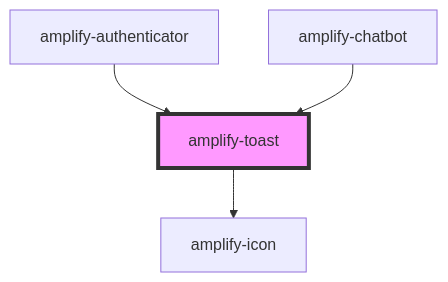
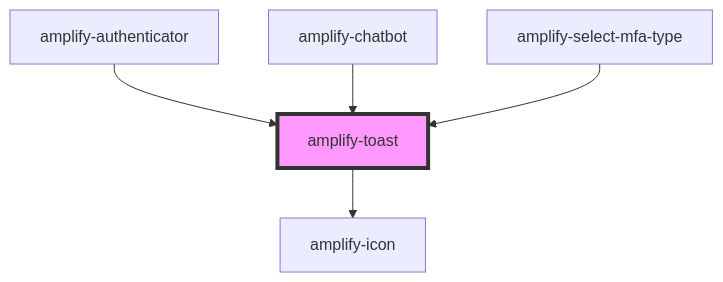
The diagram in packages/amplify-ui-components/src/components/amplify-toast/readme.md (OneDev0411/amplify-js), drawn with Mermaid before and after one commit. The commit also changed other lines of this file and 3 other files, not shown here.

Commit message:
feat: adding toast notification when selecting an MFA type (#8394)

````diff
--- a/packages/amplify-ui-components/src/components/amplify-toast/readme.md
+++ b/packages/amplify-ui-components/src/components/amplify-toast/readme.md
@@ -44,7 +45,8 @@
 ```mermaid
 graph TD;
   amplify-toast --> amplify-icon
   amplify-authenticator --> amplify-toast
   amplify-chatbot --> amplify-toast
+  amplify-select-mfa-type --> amplify-toast
   style amplify-toast fill:#f9f,stroke:#333,stroke-width:4px
 ```
````
